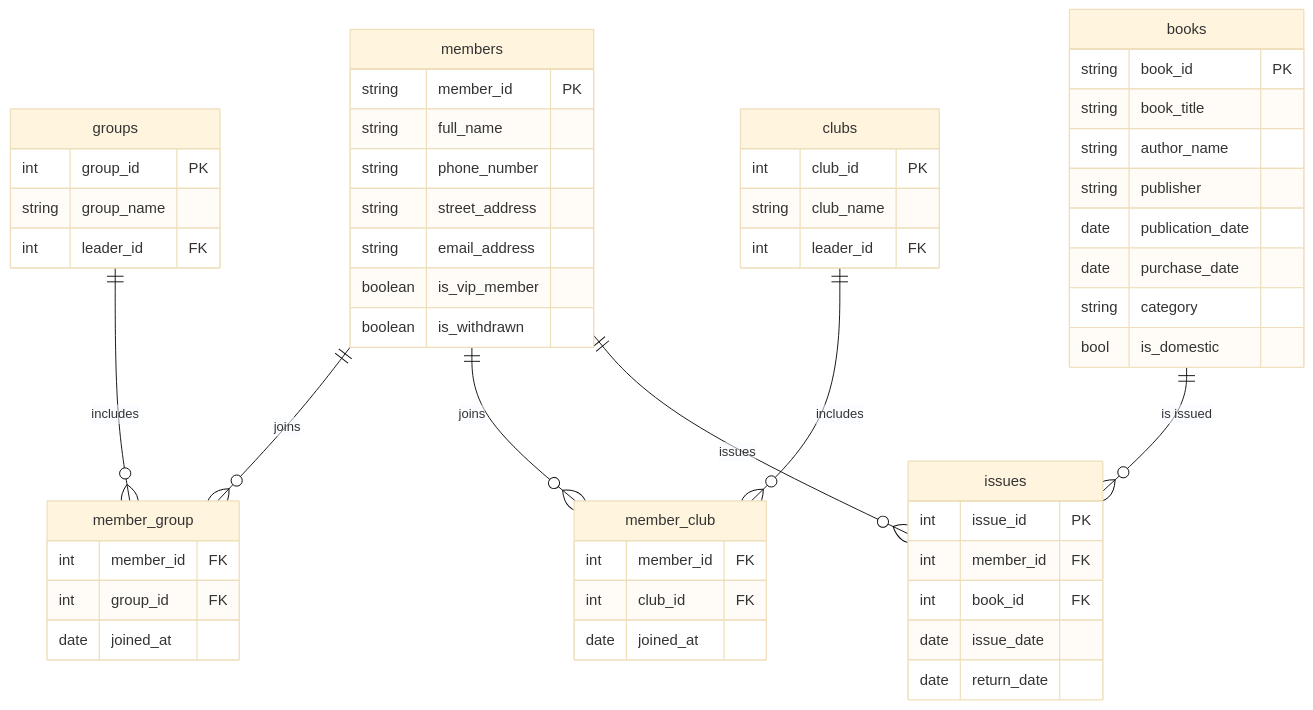
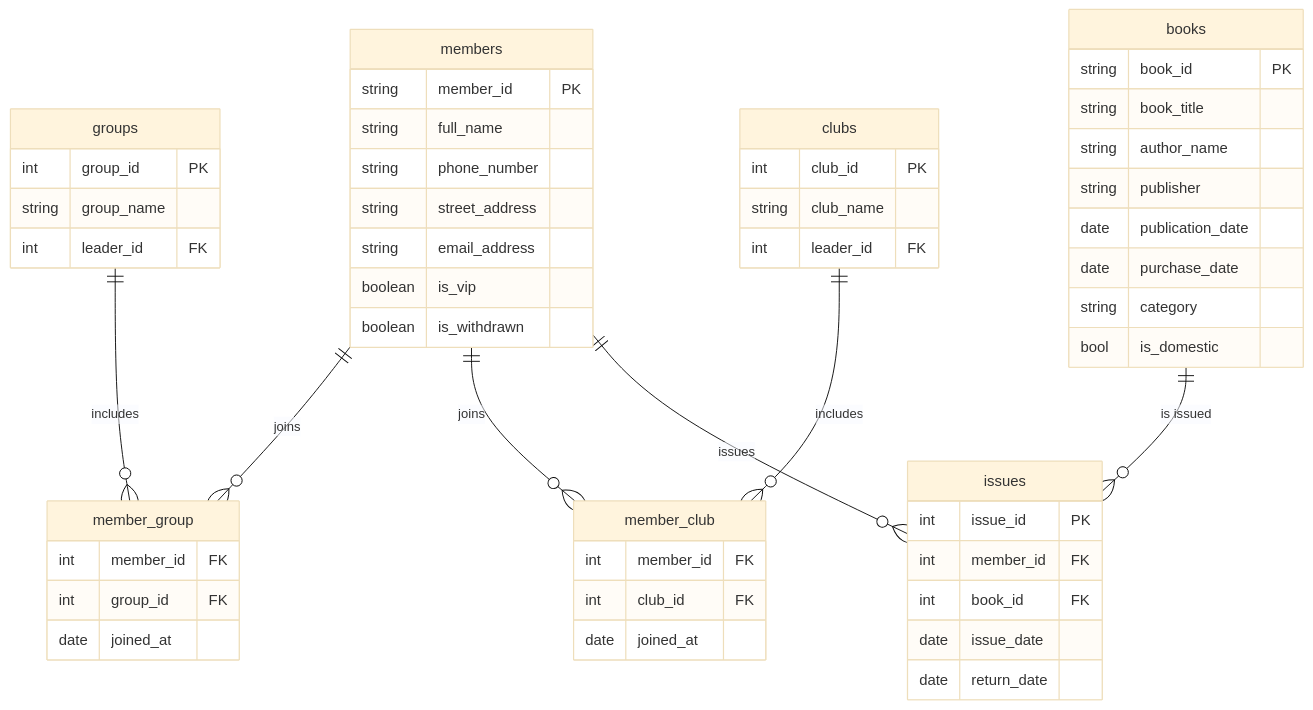
One commit to wontothree/library-management-system changed the diagram in README.md. Above: the diagram before and after it, drawn with Mermaid (base theme). The commit also changed 26 other files, not shown here.

````diff
--- a/README.md
+++ b/README.md
@@ -88,70 +88,70 @@
 ```mermaid
 erDiagram
     %% 멤버 테이블을 정의합니다.
     members {
         string member_id PK
         string full_name
         string phone_number
         string street_address
         string email_address
-        boolean is_vip_member
+        boolean is_vip
         boolean is_withdrawn
     }
 
     %% 그룹 테이블을 정의합니다.
     groups {
         int group_id PK
         string group_name
         int leader_id FK
     }
     
     %% 클럽 테이블을 정의합니다.
     clubs {
         int club_id PK
         string club_name
         int leader_id FK
     }
 
     %% 멤버-그룹 관계를 정의합니다.
     member_group {
         int member_id FK
         int group_id FK
         date joined_at
     }
 
     %% 멤버-클럽 관계를 정의합니다.
     member_club {
         int member_id FK
         int club_id FK
         date joined_at
     }
 
     %% table books
     books {
         string book_id PK
         string book_title
         string author_name
         string publisher
         date publication_date
         date purchase_date
         string category  
         bool is_domestic
     }
 
     %% issues table
      issues {
         int issue_id PK
         int member_id FK
         int book_id FK
         date issue_date
         date return_date
     }
 
     %% 관계 정의
     members ||--o{ member_group : "joins"
     groups ||--o{ member_group : "includes"
     members ||--o{ member_club : "joins"
     clubs ||--o{ member_club : "includes"
     members ||--o{ issues : "issues"
     books ||--o{ issues : "is issued"
 ```
````
